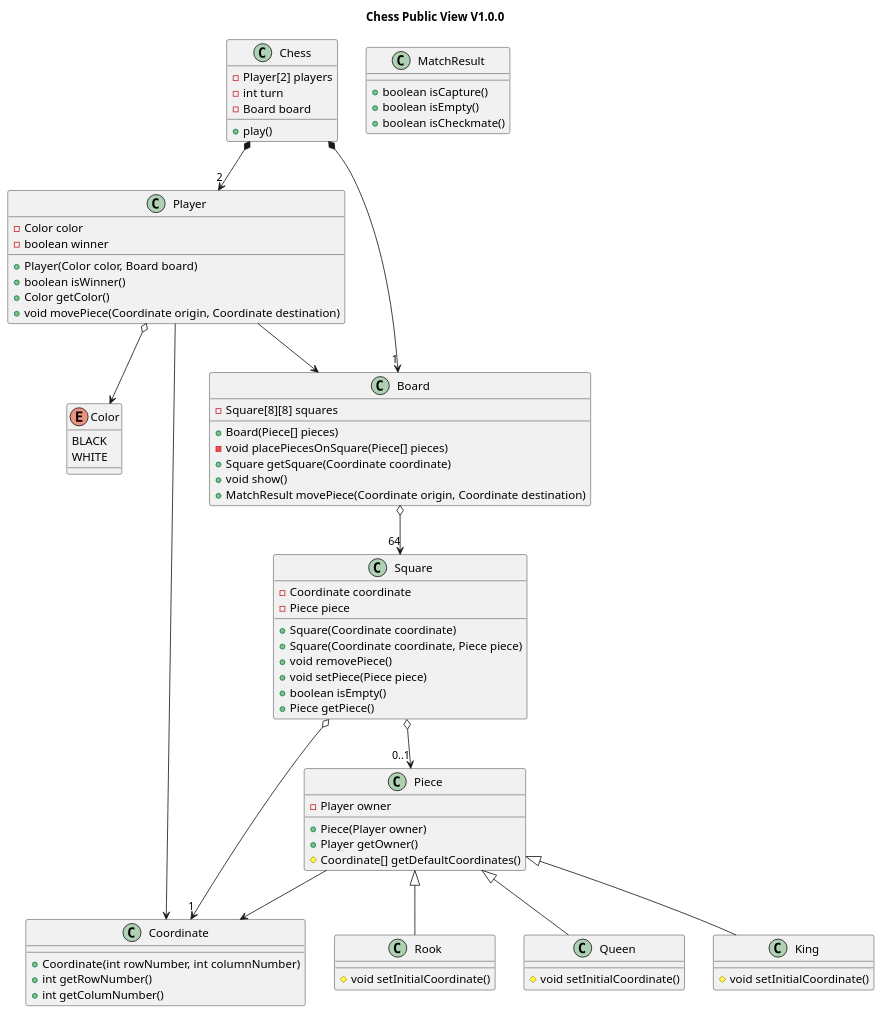
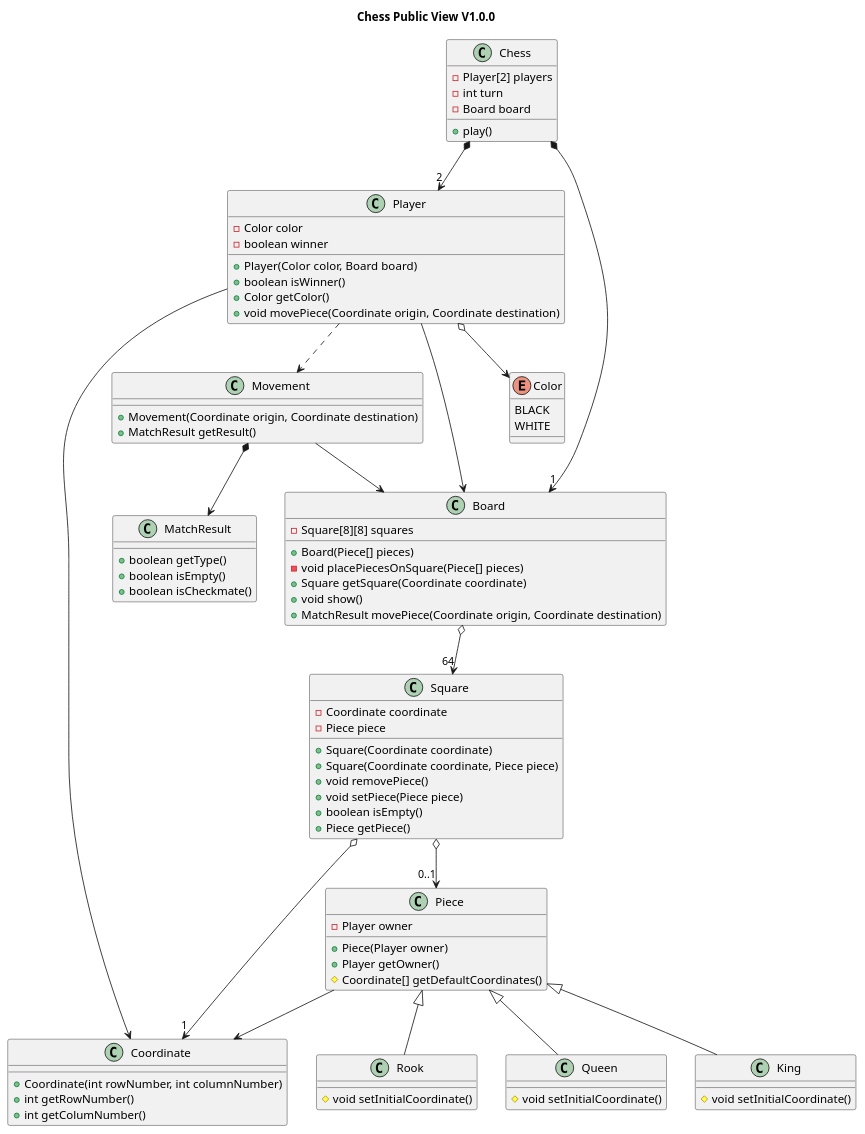
Before and after one commit to japc78/escuelait-masterds-02-poo-chess: the diagram in uml/kodenix/chess-publicview.puml, drawn with PlantUML. The commit also changed 9 other files, not shown here.

```diff
--- a/uml/kodenix/chess-publicview.puml
+++ b/uml/kodenix/chess-publicview.puml
@@ -1,101 +1,110 @@
 @startuml ChessPublicView_v1
 
 	title Chess Public View V1.0.0
 
 	class Chess {
 		-Player[2] players
 		-int turn
 		-Board board
 		+play()
 	}
 
 	/'class Turn {
 		-int currentPlayer;
 		+Turn()
 		+void next()
 		+int getCurrentPLayerNumber()
 	}'/
 
 	class Player {
 		-Color color
 		-boolean winner
 		+Player(Color color, Board board)
 		+boolean isWinner()
 		+Color getColor()
 		+void movePiece(Coordinate origin, Coordinate destination)
 	}
 
 	enum Color {
 		BLACK
 		WHITE
 	}
 
 	class Board {
 		-Square[8][8] squares
 		+Board(Piece[] pieces)
 		-void placePiecesOnSquare(Piece[] pieces)
 		+Square getSquare(Coordinate coordinate)
 		+void show()
 		+MatchResult movePiece(Coordinate origin, Coordinate destination)
 	}
 
 	class Piece {
 		-Player owner
 		+Piece(Player owner)
 		+Player getOwner()
 		#Coordinate[] getDefaultCoordinates()
 	}
 
 	class King extends Piece {
 		#void setInitialCoordinate()
 	}
 
 	class Rook extends Piece {
 		#void setInitialCoordinate()
 	}
 
 	class Queen extends Piece {
 		#void setInitialCoordinate()
 	}
 
 	class Coordinate {
 		+Coordinate(int rowNumber, int columnNumber)
 		+int getRowNumber()
 		+int getColumNumber()
 	}
 
 	class Square {
 		-Coordinate coordinate
 		-Piece piece
 		+Square(Coordinate coordinate)
 		+Square(Coordinate coordinate, Piece piece)
 		+void removePiece()
 		+void setPiece(Piece piece)
 		+boolean isEmpty()
 		+Piece getPiece()
 	}
 
+	class Movement {
+		+Movement(Coordinate origin, Coordinate destination)
+		+MatchResult getResult()
+	}
+
 	class MatchResult {
-		+boolean isCapture()
+		+boolean getType()
 		+boolean isEmpty()
 		+boolean isCheckmate()
 	}
+
+	
 
 
 	Chess *--> "1" Board
 	'Chess *--> "1" Turn
 	Chess *--> "2" Player
 
 	Player --> Board
 	Player o--> Color
 	Player --> Coordinate
 	Board o--> "64" Square
 	Square o--> "0..1" Piece
 	Square o--> "1" Coordinate
 	Piece --> Coordinate
-
+	Player ..> Movement
+	Movement *--> MatchResult
+	Movement --> Board
 
 
 	
 
 @enduml
```
